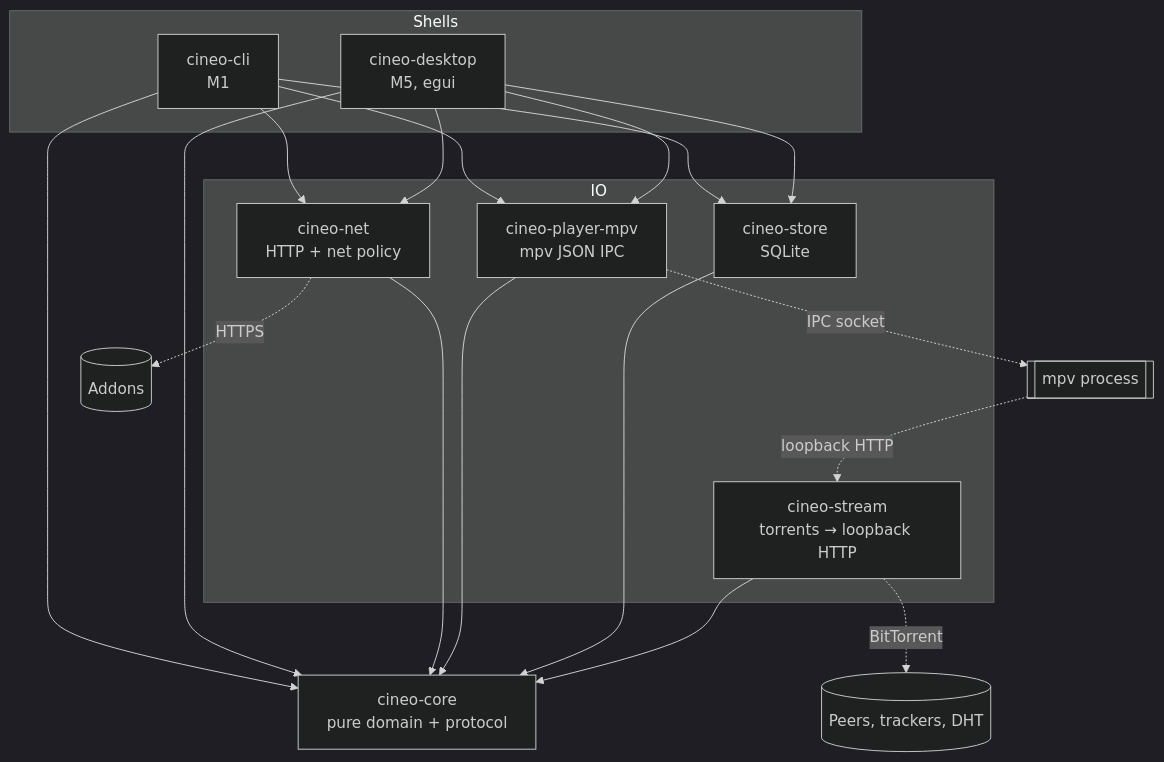
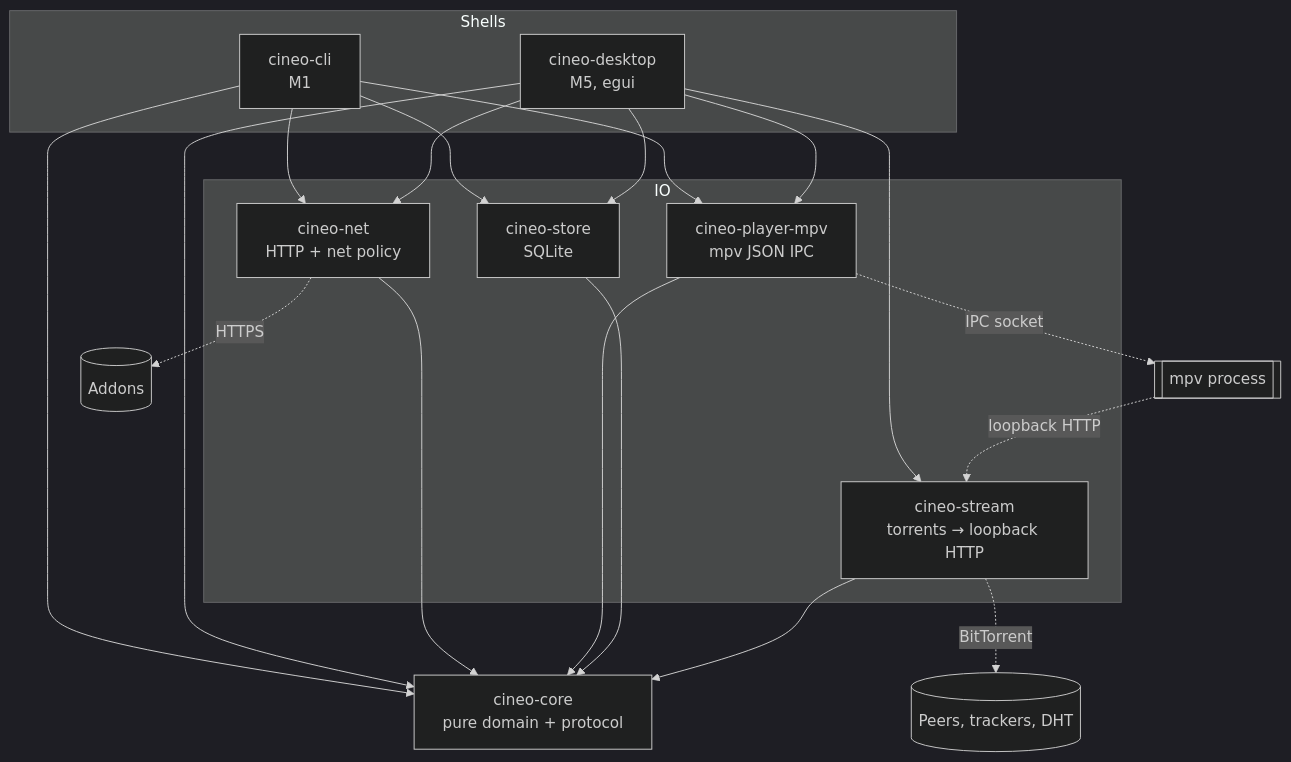
The first of 2 diagrams in docs/ARCHITECTURE.md (mdmrk/cineo), drawn with Mermaid (dark theme) before and after one commit. The commit also changed other lines of this file and 14 other files, not shown here.

````diff
--- a/docs/ARCHITECTURE.md
+++ b/docs/ARCHITECTURE.md
@@ -19,26 +19,26 @@
 ```mermaid
 flowchart TB
   subgraph Shells
     CLI[cineo-cli<br/>M1]
     GUI[cineo-desktop<br/>M5, egui]
   end
   subgraph IO
     NET[cineo-net<br/>HTTP + net policy]
     PLAYER[cineo-player-mpv<br/>mpv JSON IPC]
     STORE[cineo-store<br/>SQLite]
     STREAM[cineo-stream<br/>torrents → loopback HTTP]
   end
   CORE[cineo-core<br/>pure domain + protocol]
   CLI --> CORE
   GUI --> CORE
   CLI --> NET & PLAYER & STORE
-  GUI --> NET & PLAYER & STORE
+  GUI --> NET & PLAYER & STORE & STREAM
   NET --> CORE
   PLAYER --> CORE
   STORE --> CORE
   STREAM --> CORE
   NET -. HTTPS .-> ADDONS[(Addons)]
   PLAYER -. IPC socket .-> MPV[[mpv process]]
   STREAM -. BitTorrent .-> PEERS[(Peers, trackers, DHT)]
   MPV -. loopback HTTP .-> STREAM
 ```
````
